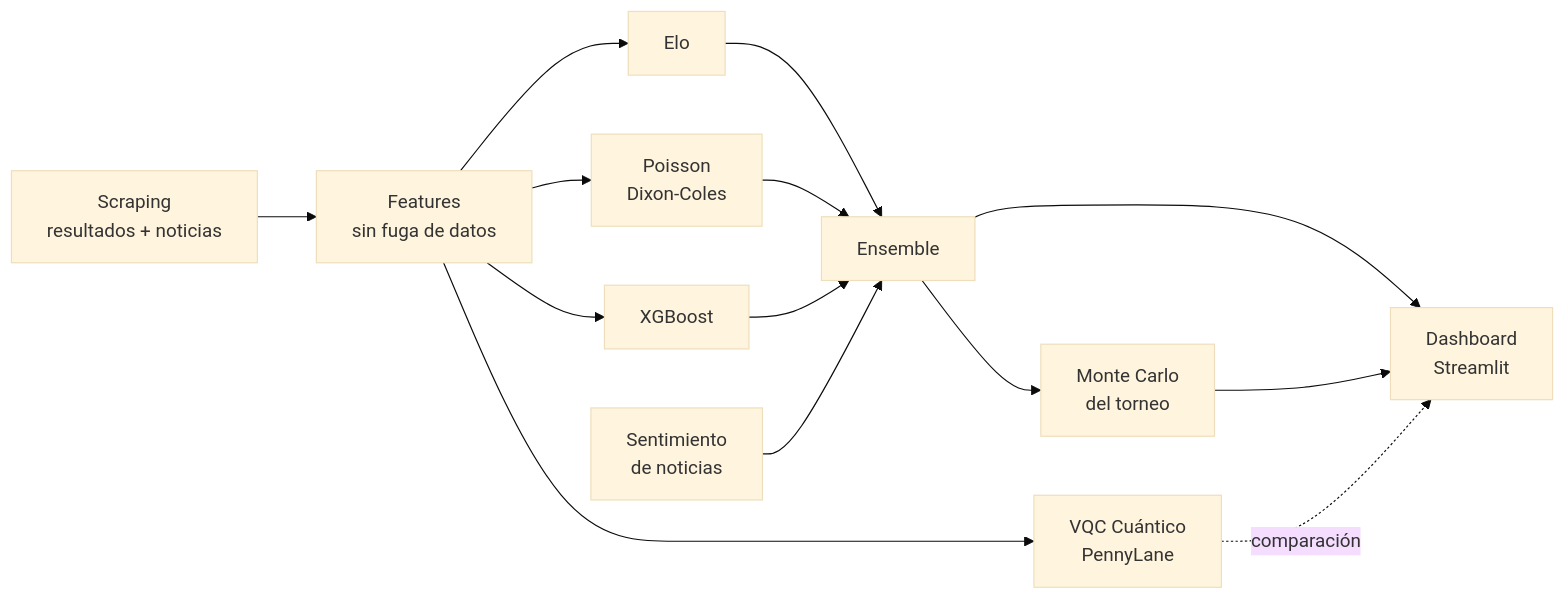
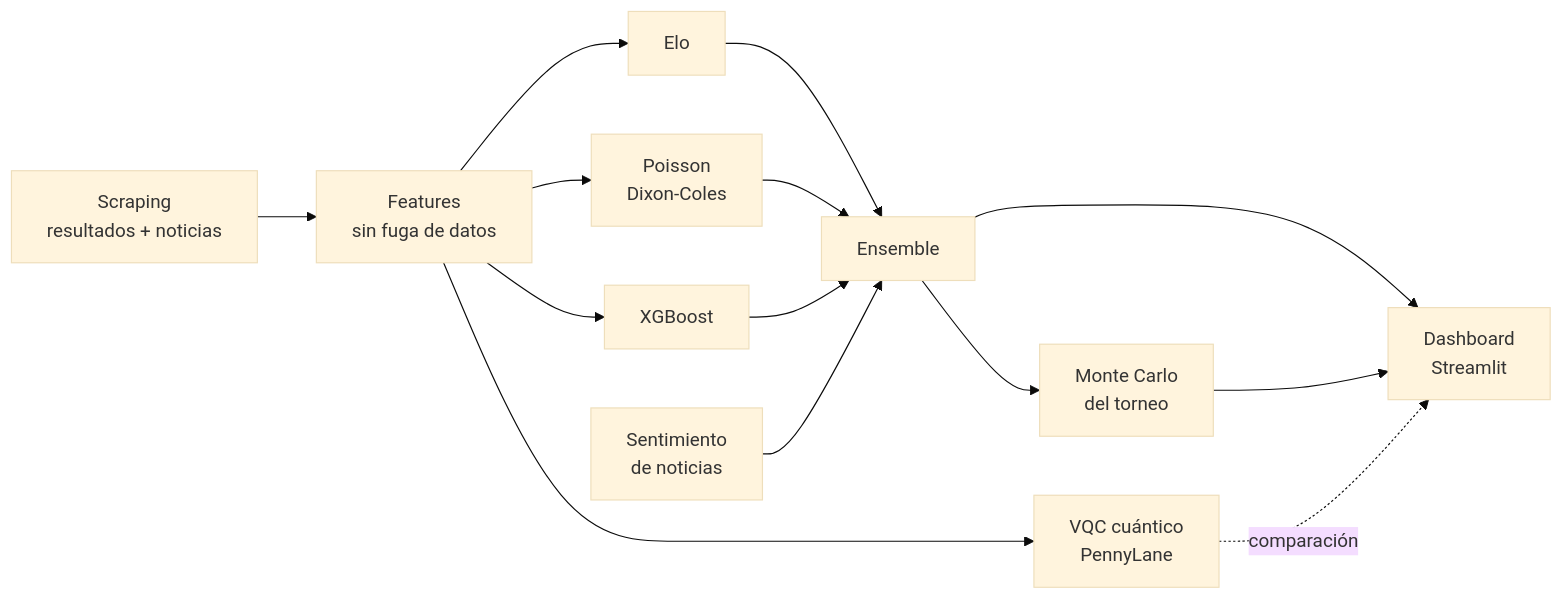
Before and after one commit to AgustinBouzonn/modelo-predict-wc26: the diagram in README.md, drawn with Mermaid (base theme). The commit also changed other lines of this file, not shown here.

````diff
--- a/README.md
+++ b/README.md
@@ -66,16 +103,16 @@
 ```mermaid
 flowchart LR
     S[Scraping<br/>resultados + noticias] --> F[Features<br/>sin fuga de datos]
     F --> E1[Elo]
     F --> E2[Poisson<br/>Dixon-Coles]
     F --> E3[XGBoost]
-    F --> Q[VQC Cuántico<br/>PennyLane]
+    F --> Q[VQC cuántico<br/>PennyLane]
     E1 --> ENS[Ensemble]
     E2 --> ENS
     E3 --> ENS
     N[Sentimiento<br/>de noticias] --> ENS
     ENS --> SIM[Monte Carlo<br/>del torneo]
     ENS --> DASH[Dashboard<br/>Streamlit]
     SIM --> DASH
     Q -. comparación .-> DASH
 ```
````
